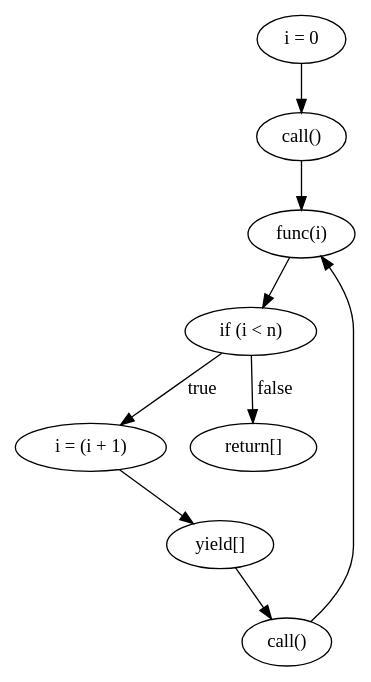
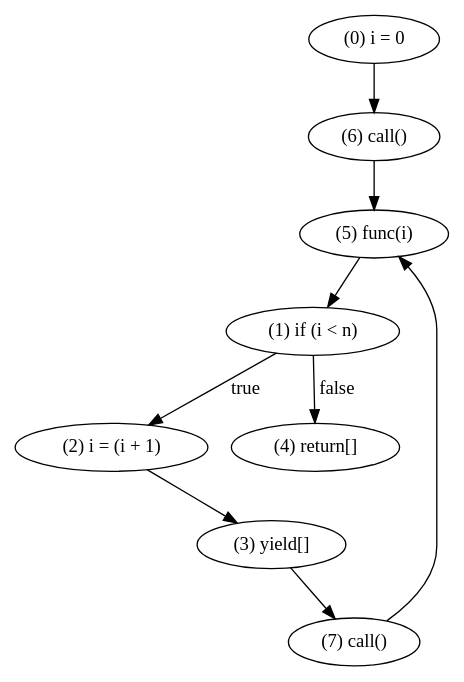
The diagram in crates/passes/insert_phi.dot (WorldofKerry/ToHDL), drawn with Graphviz before and after one commit. The commit also changed 8 other files, not shown here.

```diff
--- a/crates/passes/insert_phi.dot
+++ b/crates/passes/insert_phi.dot
@@ -1,18 +1,18 @@
 digraph {
-    0 [ label = "i = 0" ]
-    1 [ label = "if (i < n)" ]
-    2 [ label = "i = (i + 1)" ]
-    3 [ label = "yield[]" ]
-    4 [ label = "return[]" ]
-    5 [ label = "func(i)" ]
-    6 [ label = "call()" ]
-    7 [ label = "call()" ]
-    6 -> 5 [ label = "" ]
+    0 [ label = "(0) i = 0" ]
+    1 [ label = "(1) if (i < n)" ]
+    2 [ label = "(2) i = (i + 1)" ]
+    3 [ label = "(3) yield[]" ]
+    4 [ label = "(4) return[]" ]
+    5 [ label = "(5) func(i)" ]
+    6 [ label = "(6) call()" ]
+    7 [ label = "(7) call()" ]
+    0 -> 6 [ label = "" ]
+    1 -> 4 [ label = "false" ]
     1 -> 2 [ label = "true" ]
     2 -> 3 [ label = "" ]
+    3 -> 7 [ label = "" ]
     5 -> 1 [ label = "" ]
-    1 -> 4 [ label = "false" ]
-    0 -> 6 [ label = "" ]
-    3 -> 7 [ label = "" ]
+    6 -> 5 [ label = "" ]
     7 -> 5 [ label = "" ]
 }
```
